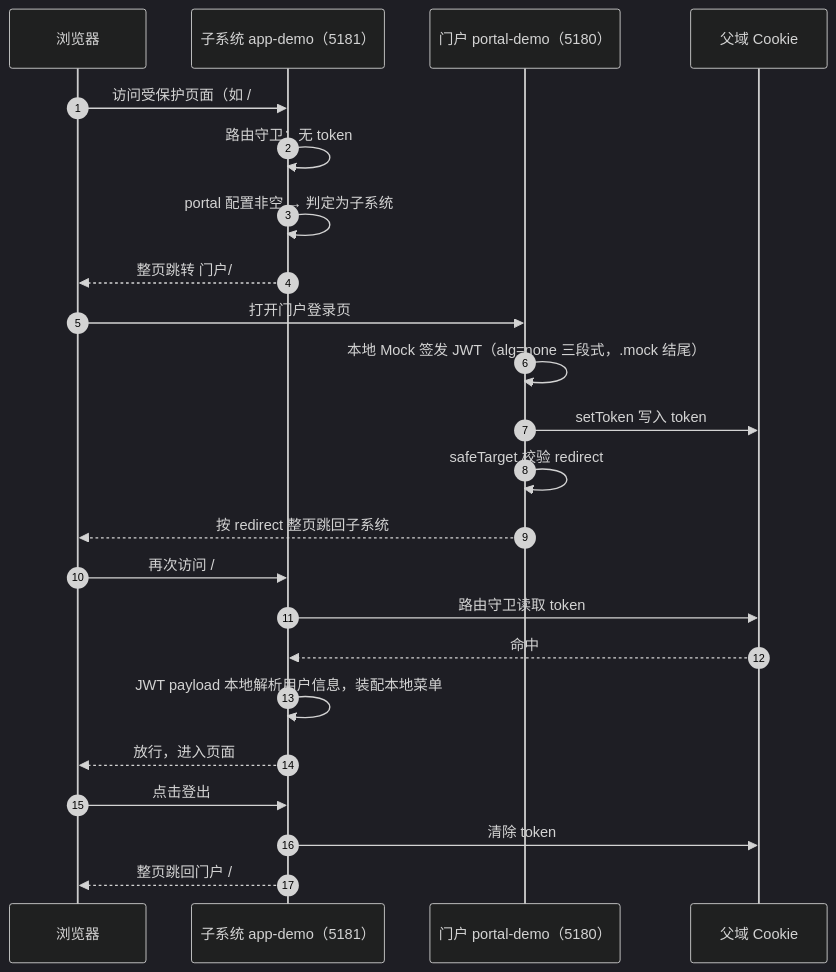
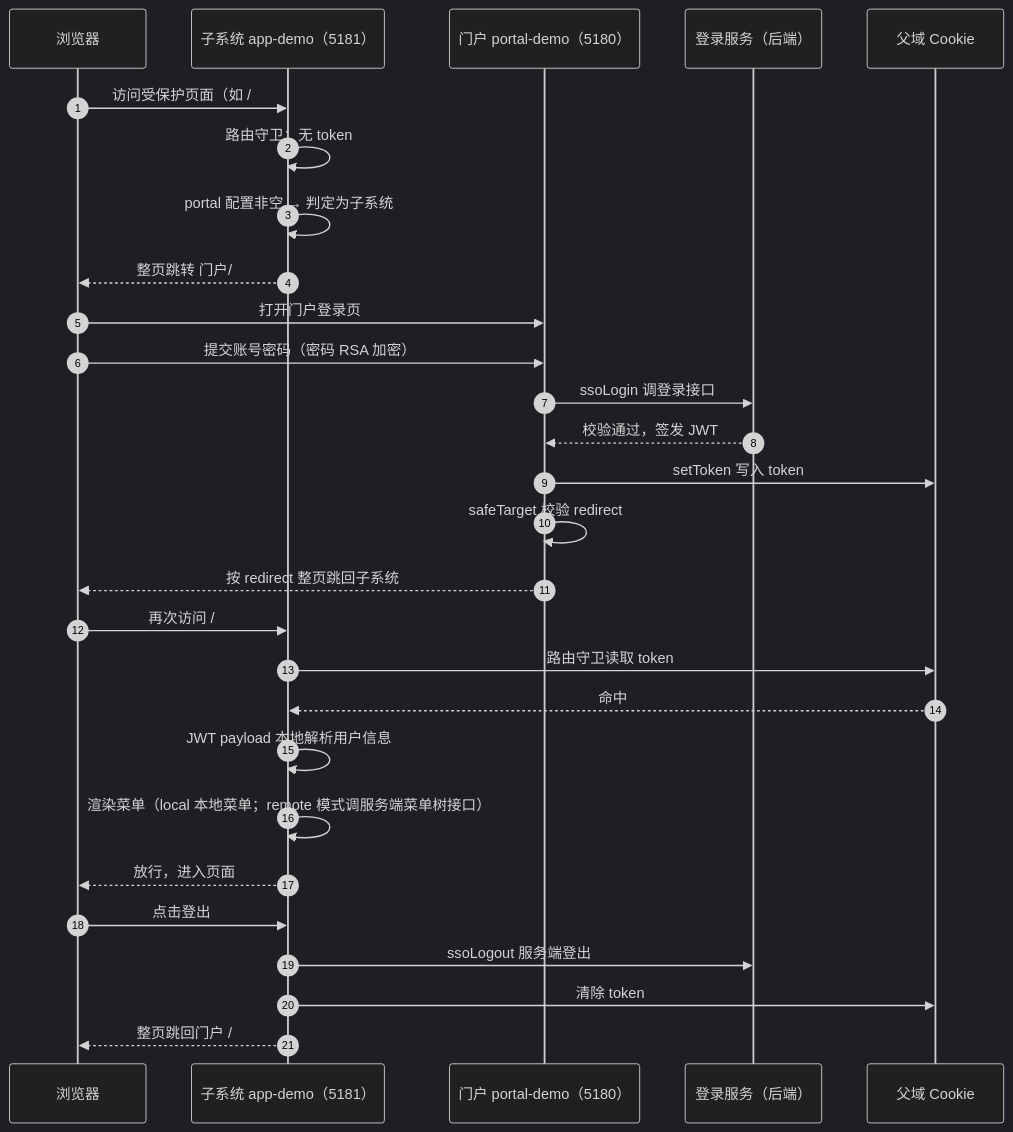
The diagram in docs/frontend-framework/demos.md (shrimp-group/sh-doc), drawn with Mermaid (dark theme) before and after one commit. The commit also changed other lines of this file and 4 other files, not shown here.

````diff
--- a/docs/frontend-framework/demos.md
+++ b/docs/frontend-framework/demos.md
@@ -255,26 +300,31 @@
 ```mermaid
 sequenceDiagram
     autonumber
     participant B as 浏览器
     participant A as 子系统 app-demo（5181）
     participant P as 门户 portal-demo（5180）
+    participant S as 登录服务（后端）
     participant C as 父域 Cookie
 
     B->>A: 访问受保护页面（如 /#/index）
     A->>A: 路由守卫：无 token
     A->>A: portal 配置非空 → 判定为子系统
     A-->>B: 整页跳转 门户/#/login?redirect=原地址
     B->>P: 打开门户登录页
-    P->>P: 本地 Mock 签发 JWT（alg=none 三段式，.mock 结尾）
+    B->>P: 提交账号密码（密码 RSA 加密）
+    P->>S: ssoLogin 调登录接口
+    S-->>P: 校验通过，签发 JWT
     P->>C: setToken 写入 token
     P->>P: safeTarget 校验 redirect
     P-->>B: 按 redirect 整页跳回子系统
     B->>A: 再次访问 /#/index
     A->>C: 路由守卫读取 token
     C-->>A: 命中
-    A->>A: JWT payload 本地解析用户信息，装配本地菜单
+    A->>A: JWT payload 本地解析用户信息
+    A->>A: 渲染菜单（local 本地菜单；remote 模式调服务端菜单树接口）
     A-->>B: 放行，进入页面
     B->>A: 点击登出
+    A->>S: ssoLogout 服务端登出
     A->>C: 清除 token
     A-->>B: 整页跳回门户 /#/login
 ```
````
